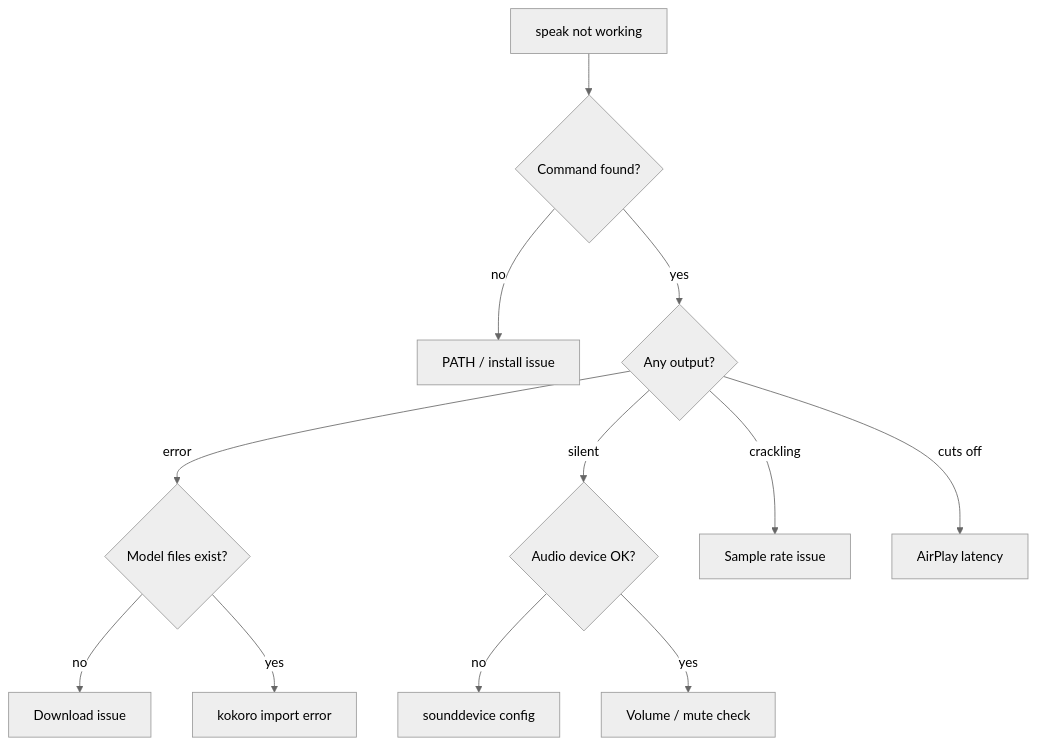
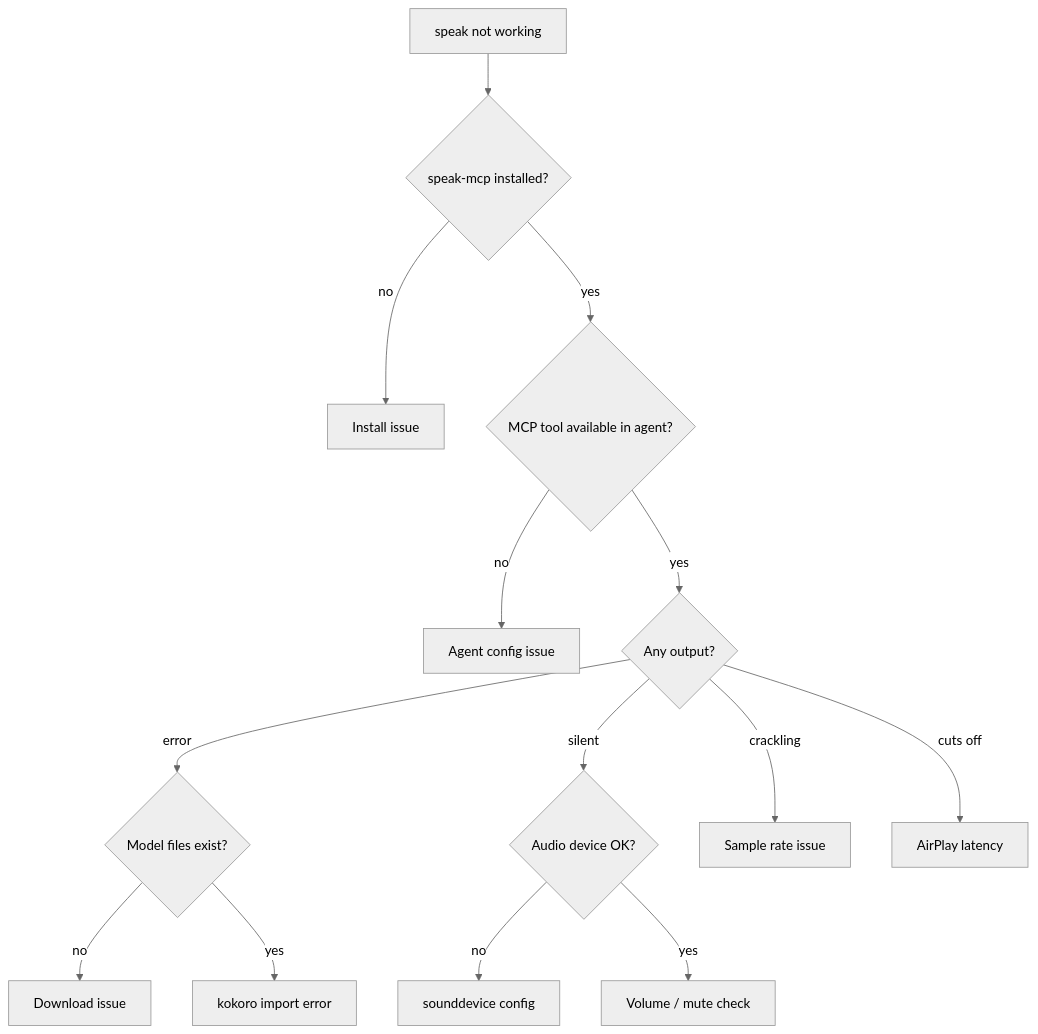
One commit to NetDevAutomate/Agent-Speaker changed the diagram in docs/troubleshooting.md. Above: the diagram before and after it, drawn with Mermaid (neutral theme). The commit also changed other lines of this file and 11 other files, not shown here.

First line of the commit message:
refactor: remove CLI, MCP-only architecture

````diff
--- a/docs/troubleshooting.md
+++ b/docs/troubleshooting.md
@@ -5,19 +5,22 @@
 ```mermaid
 flowchart TD
-    A[speak not working] --> B{Command found?}
-    B -->|no| C[PATH / install issue]
-    B -->|yes| D{Any output?}
-    D -->|error| E{Model files exist?}
-    D -->|silent| F{Audio device OK?}
-    D -->|crackling| G[Sample rate issue]
-    D -->|cuts off| H[AirPlay latency]
-    E -->|no| I[Download issue]
-    E -->|yes| J[kokoro import error]
-    F -->|no| K[sounddevice config]
-    F -->|yes| L[Volume / mute check]
+    A[speak not working] --> B{speak-mcp installed?}
+    B -->|no| C[Install issue]
+    B -->|yes| D{MCP tool available in agent?}
+    D -->|no| E[Agent config issue]
+    D -->|yes| F{Any output?}
+    F -->|error| G{Model files exist?}
+    F -->|silent| H{Audio device OK?}
+    F -->|crackling| I[Sample rate issue]
+    F -->|cuts off| J[AirPlay latency]
+    G -->|no| K[Download issue]
+    G -->|yes| L[kokoro import error]
+    H -->|no| M[sounddevice config]
+    H -->|yes| N[Volume / mute check]
 
-    click C "#speak-command-not-found"
-    click G "#crackling-audio"
-    click H "#airplay-latency"
-    click I "#model-download-fails"
+    click C "#speak-mcp-not-installed"
+    click E "#mcp-server-not-working"
+    click I "#crackling-audio"
+    click J "#airplay-latency"
+    click K "#model-download-fails"
 ```
````
